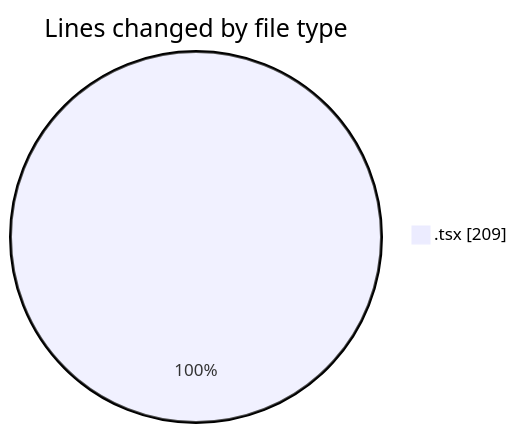
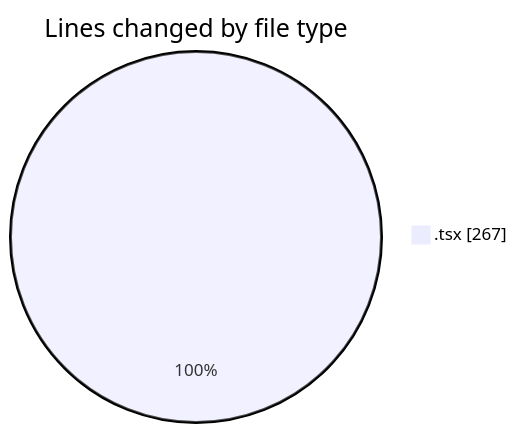
One commit to Elitesun/code-tracking changed the first of 2 diagrams in 2025-05-07/niten/README.md. Above: the diagram before and after it, drawn with Mermaid. The commit also changed other lines of this file and 1 other file, not shown here.

````diff
--- a/2025-05-07/niten/README.md
+++ b/2025-05-07/niten/README.md
@@ -22,5 +23,5 @@
 ```mermaid
 pie showData
 title Lines changed by file type
-".tsx" : 209
+".tsx" : 267
 ```
````
